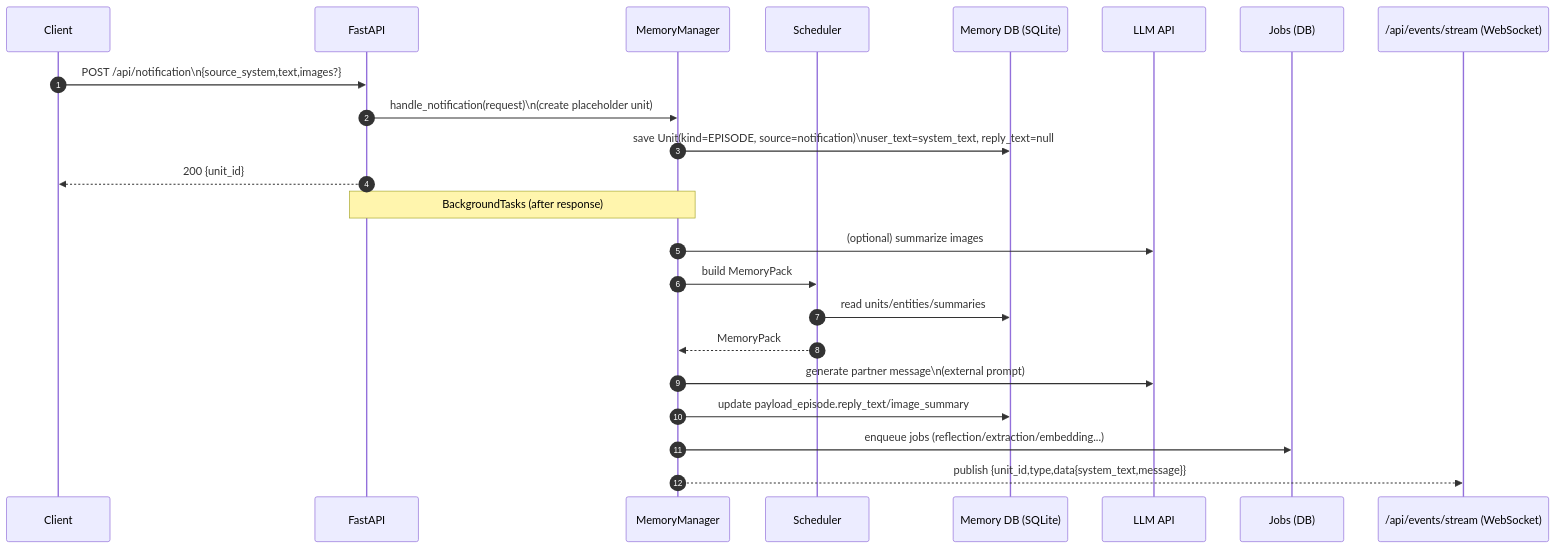
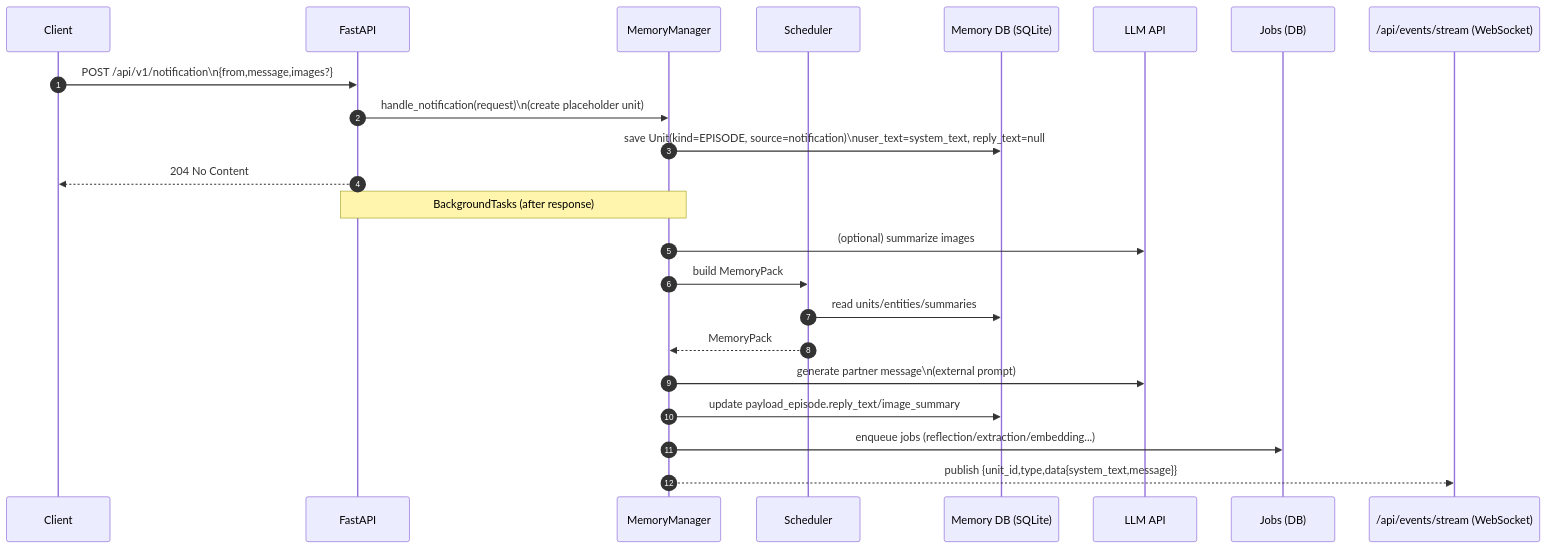
Before and after one commit to hirona98/cocoro_ghost: the second of 3 diagrams in docs/architecture.md, drawn with Mermaid. The commit also changed other lines of this file and 4 other files, not shown here.

````diff
--- a/docs/architecture.md
+++ b/docs/architecture.md
@@ -72,26 +72,26 @@
 ```mermaid
 sequenceDiagram
   autonumber
   participant UI as Client
   participant API as FastAPI
   participant MM as MemoryManager
   participant SCH as Scheduler
   participant DB as Memory DB (SQLite)
   participant LLM as LLM API
   participant Q as Jobs (DB)
   participant WS as /api/events/stream (WebSocket)
 
-  UI->>API: POST /api/notification\n{source_system,text,images?}
+  UI->>API: POST /api/v1/notification\n{from,message,images?}
   API->>MM: handle_notification(request)\n(create placeholder unit)
   MM->>DB: save Unit(kind=EPISODE, source=notification)\nuser_text=system_text, reply_text=null
-  API-->>UI: 200 {unit_id}
+  API-->>UI: 204 No Content
   Note over API,MM: BackgroundTasks (after response)
   MM->>LLM: (optional) summarize images
   MM->>SCH: build MemoryPack
   SCH->>DB: read units/entities/summaries
   SCH-->>MM: MemoryPack
   MM->>LLM: generate partner message\n(external prompt)
   MM->>DB: update payload_episode.reply_text/image_summary
   MM->>Q: enqueue jobs (reflection/extraction/embedding...)
   MM-->>WS: publish {unit_id,type,data{system_text,message}}
 ```
````
